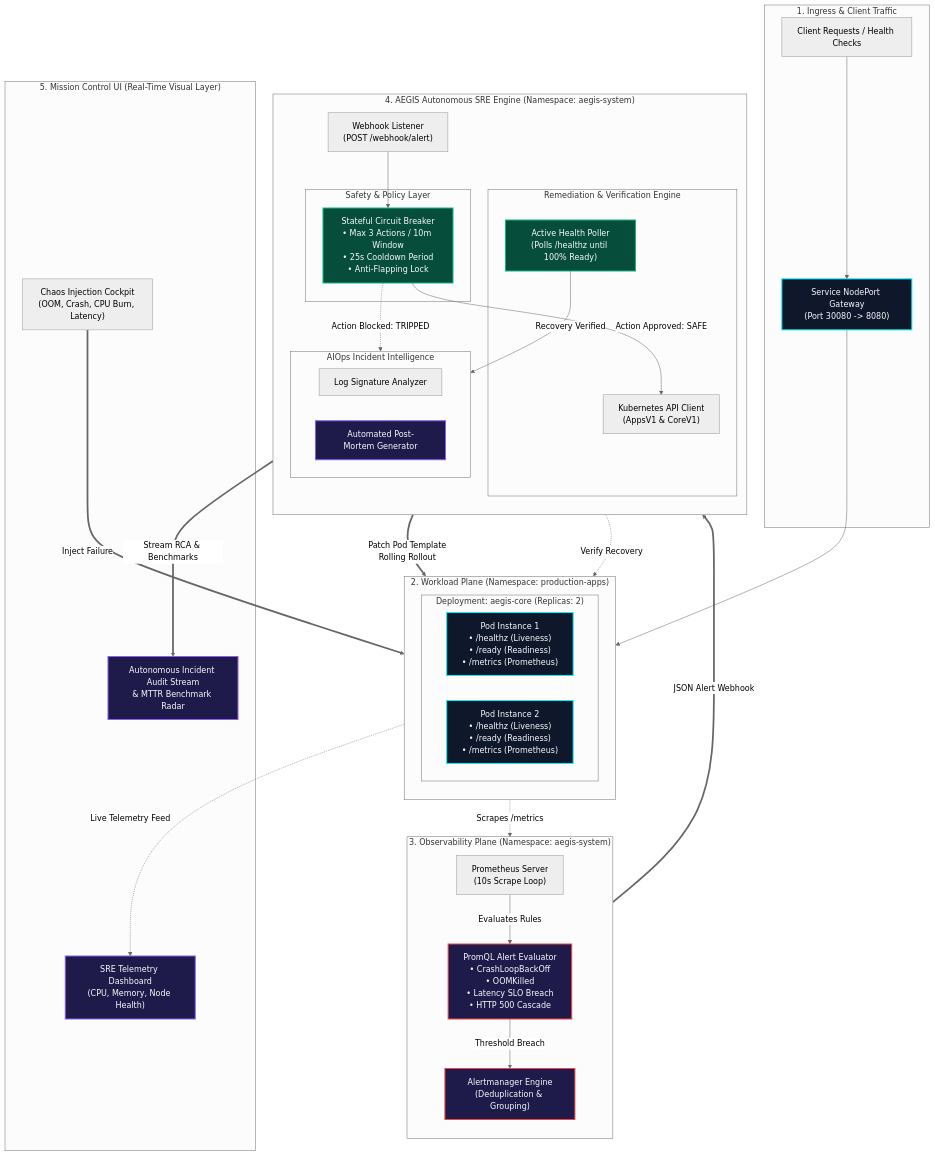
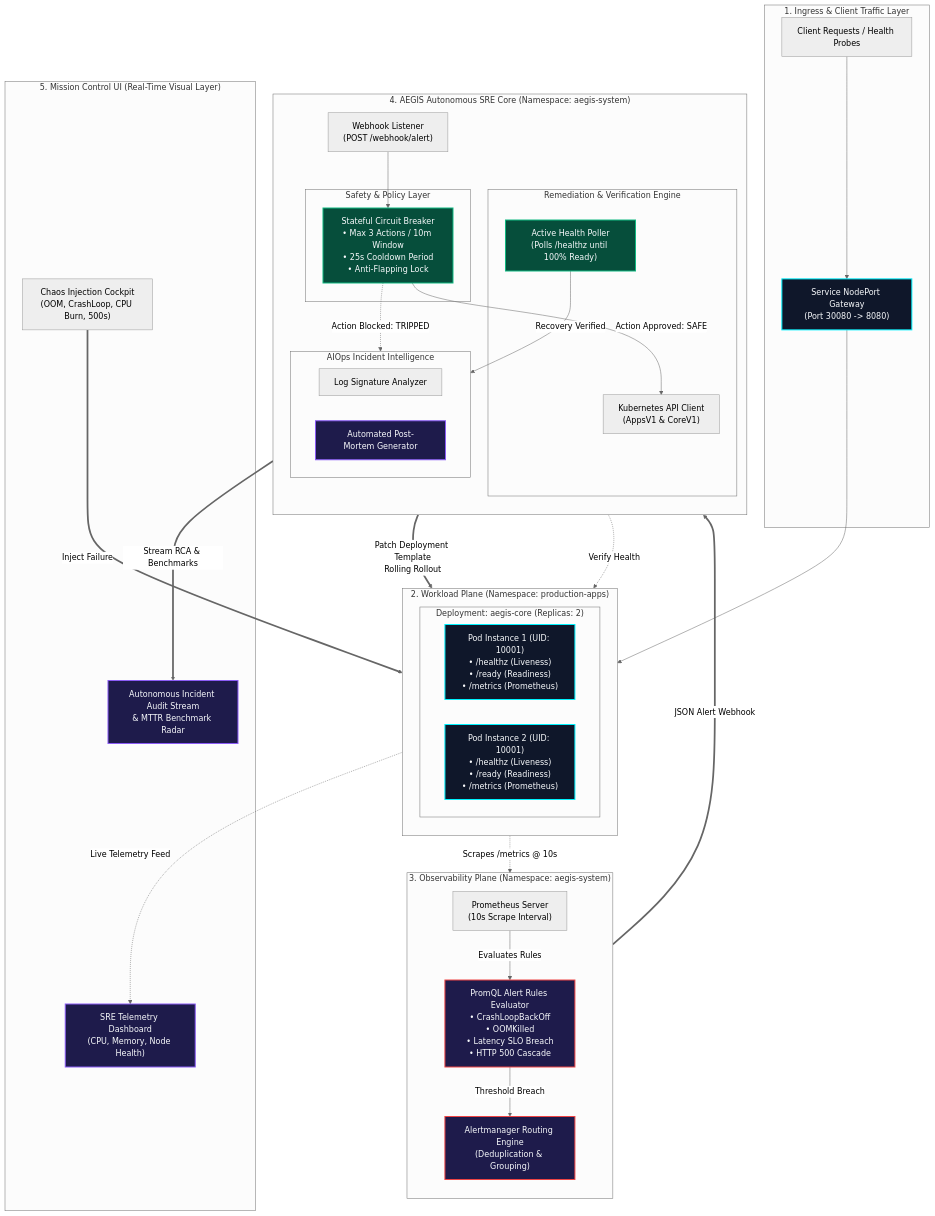
Before and after one commit to devop-jigyasa/aegis-self-healing-platform: the diagram in README.md, drawn with Mermaid (neutral theme). The commit also changed other lines of this file, not shown here.

````diff
--- a/README.md
+++ b/README.md
@@ -60,75 +71,75 @@
 ```mermaid
 flowchart TB
-    subgraph INGRESS_LAYER["1. Ingress & Client Traffic"]
-        ClientUser["Client Requests / Health Checks"]
+    subgraph INGRESS_LAYER["1. Ingress & Client Traffic Layer"]
+        ClientUser["Client Requests / Health Probes"]
         NodePort["Service NodePort Gateway\n(Port 30080 -> 8080)"]
         ClientUser --> NodePort
     end
 
     subgraph WORKLOAD_PLANE["2. Workload Plane (Namespace: production-apps)"]
         direction TB
         subgraph APP_PODS["Deployment: aegis-core (Replicas: 2)"]
-            Pod1["Pod Instance 1\n• /healthz (Liveness)\n• /ready (Readiness)\n• /metrics (Prometheus)"]
-            Pod2["Pod Instance 2\n• /healthz (Liveness)\n• /ready (Readiness)\n• /metrics (Prometheus)"]
+            Pod1["Pod Instance 1 (UID: 10001)\n• /healthz (Liveness)\n• /ready (Readiness)\n• /metrics (Prometheus)"]
+            Pod2["Pod Instance 2 (UID: 10001)\n• /healthz (Liveness)\n• /ready (Readiness)\n• /metrics (Prometheus)"]
         end
         NodePort --> APP_PODS
     end
 
     subgraph OBSERVABILITY_PLANE["3. Observability Plane (Namespace: aegis-system)"]
         direction TB
-        PrometheusServer["Prometheus Server\n(10s Scrape Loop)"]
-        AlertRules["PromQL Alert Evaluator\n• CrashLoopBackOff\n• OOMKilled\n• Latency SLO Breach\n• HTTP 500 Cascade"]
-        Alertmanager["Alertmanager Engine\n(Deduplication & Grouping)"]
+        PrometheusServer["Prometheus Server\n(10s Scrape Interval)"]
+        AlertRules["PromQL Alert Rules Evaluator\n• CrashLoopBackOff\n• OOMKilled\n• Latency SLO Breach\n• HTTP 500 Cascade"]
+        Alertmanager["Alertmanager Routing Engine\n(Deduplication & Grouping)"]
 
-        APP_PODS -.->|Scrapes /metrics| PrometheusServer
+        APP_PODS -.->|Scrapes /metrics @ 10s| PrometheusServer
         PrometheusServer -->|Evaluates Rules| AlertRules
         AlertRules -->|Threshold Breach| Alertmanager
     end
 
-    subgraph CONTROL_PLANE["4. AEGIS Autonomous SRE Engine (Namespace: aegis-system)"]
+    subgraph CONTROL_PLANE["4. AEGIS Autonomous SRE Core (Namespace: aegis-system)"]
         direction TB
         WebhookReceiver["Webhook Listener\n(POST /webhook/alert)"]
         
         subgraph GUARD_RAILS["Safety & Policy Layer"]
             CircuitBreaker["Stateful Circuit Breaker\n• Max 3 Actions / 10m Window\n• 25s Cooldown Period\n• Anti-Flapping Lock"]
         end
         
         subgraph ACTION_ENGINE["Remediation & Verification Engine"]
             K8sClient["Kubernetes API Client\n(AppsV1 & CoreV1)"]
             ProbeVerifier["Active Health Poller\n(Polls /healthz until 100% Ready)"]
         end
 
         subgraph AIOPS_ENGINE["AIOps Incident Intelligence"]
             LogCorrelator["Log Signature Analyzer"]
             RCAGenerator["Automated Post-Mortem Generator"]
         end
 
         Alertmanager ==>|JSON Alert Webhook| WebhookReceiver
         WebhookReceiver --> CircuitBreaker
         CircuitBreaker -->|Action Approved: SAFE| K8sClient
         CircuitBreaker -.->|Action Blocked: TRIPPED| AIOPS_ENGINE
-        K8sClient ==>|Patch Pod Template\nRolling Rollout| APP_PODS
-        ProbeVerifier -.->|Verify Recovery| APP_PODS
+        K8sClient ==>|Patch Deployment Template\nRolling Rollout| APP_PODS
+        ProbeVerifier -.->|Verify Health| APP_PODS
         ProbeVerifier -->|Recovery Verified| AIOPS_ENGINE
     end
 
     subgraph MISSION_CONTROL["5. Mission Control UI (Real-Time Visual Layer)"]
         Dashboard["SRE Telemetry Dashboard\n(CPU, Memory, Node Health)"]
-        ChaosCockpit["Chaos Injection Cockpit\n(OOM, Crash, CPU Burn, Latency)"]
+        ChaosCockpit["Chaos Injection Cockpit\n(OOM, CrashLoop, CPU Burn, 500s)"]
         LiveTimeline["Autonomous Incident Audit Stream\n& MTTR Benchmark Radar"]
 
         ChaosCockpit ==>|Inject Failure| APP_PODS
         APP_PODS -.->|Live Telemetry Feed| Dashboard
         AIOPS_ENGINE ==>|Stream RCA & Benchmarks| LiveTimeline
     end
 
     classDef primary fill:#0F172A,stroke:#00F2FE,stroke-width:2px,color:#F8FAFC;
     classDef alert fill:#1E1B4B,stroke:#EF4444,stroke-width:2px,color:#F8FAFC;
     classDef safe fill:#064E3B,stroke:#10B981,stroke-width:2px,color:#F8FAFC;
     classDef highlight fill:#1E1B4B,stroke:#8B5CF6,stroke-width:2px,color:#F8FAFC;
 
     class NodePort,Pod1,Pod2 primary;
     class AlertRules,Alertmanager alert;
     class CircuitBreaker,ProbeVerifier safe;
     class RCAGenerator,Dashboard,LiveTimeline highlight;
 ```
````
